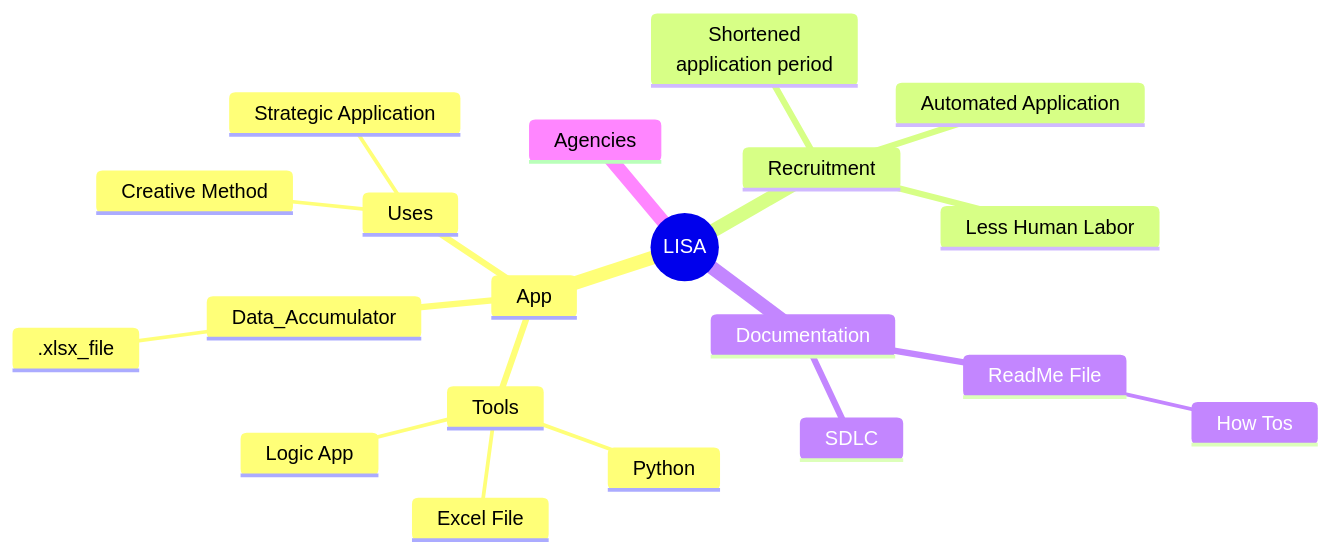
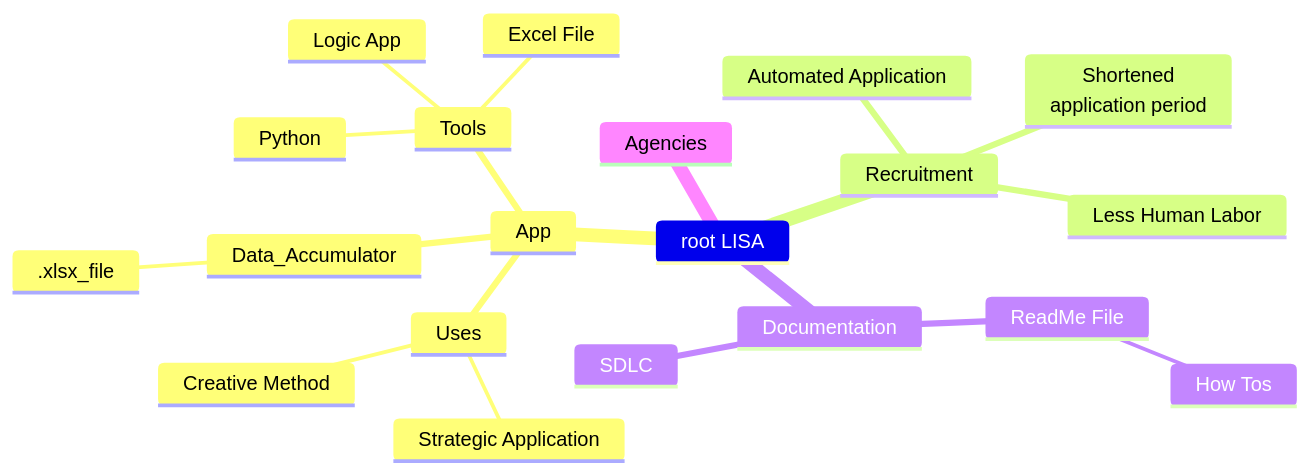
The diagram in notes/star/02-13-2023.md (SuzyQuant/SuzyQuant), drawn with Mermaid before and after one commit. The commit also changed other lines of this file, not shown here.

````diff
--- a/notes/star/02-13-2023.md
+++ b/notes/star/02-13-2023.md
@@ -3,25 +3,25 @@
 ```mermaid
 mindmap
-  root((LISA))
+  root LISA
     App
       Tools
       ::icon(fa fa-book)
         Python
         Logic App
         Excel File
       Uses
         Creative Method
         Strategic Application
       Data_Accumulator
         .xlsx_file
     Recruitment
       Shortened<br/>application period
       Automated Application
       Less Human Labor        
     Documentation
       ReadMe File
        How Tos
       SDLC
     Agencies
       
 ```
````
